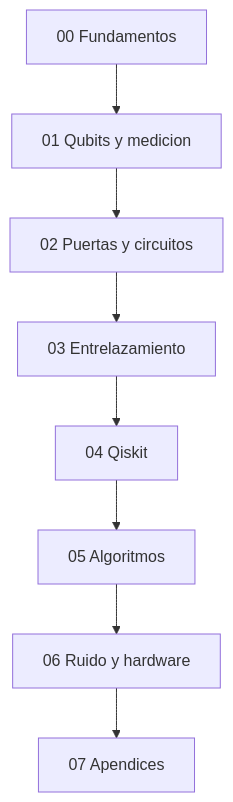
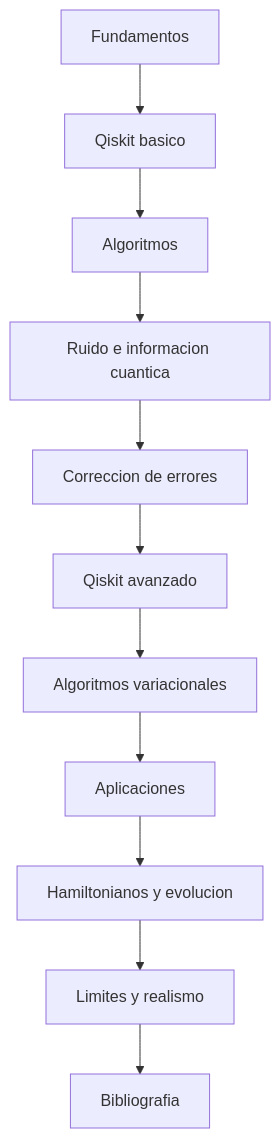
One commit to LegalIntermediaSL/ComputacionCuantica changed the diagram in Tutorial/indice_general.md. Above: the diagram before and after it, drawn with Mermaid. The commit also changed other lines of this file and 66 other files, not shown here.

````diff
--- a/Tutorial/indice_general.md
+++ b/Tutorial/indice_general.md
@@ -7,10 +7,13 @@
 ```mermaid
 flowchart TD
-    A["00 Fundamentos"] --> B["01 Qubits y medicion"]
-    B --> C["02 Puertas y circuitos"]
-    C --> D["03 Entrelazamiento"]
-    D --> E["04 Qiskit"]
-    E --> F["05 Algoritmos"]
-    F --> G["06 Ruido y hardware"]
-    G --> H["07 Apendices"]
+    A["Fundamentos"] --> B["Qiskit basico"]
+    B --> C["Algoritmos"]
+    C --> D["Ruido e informacion cuantica"]
+    D --> E["Correccion de errores"]
+    E --> F["Qiskit avanzado"]
+    F --> G["Algoritmos variacionales"]
+    G --> H["Aplicaciones"]
+    H --> I["Hamiltonianos y evolucion"]
+    I --> J["Limites y realismo"]
+    J --> K["Bibliografia"]
 ```
````
